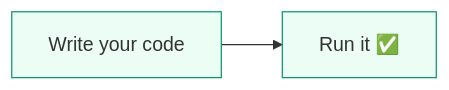
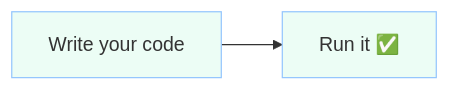
Before and after one commit to saivamsikaruturi/vamsilabs-dev-notes-main: the third of 6 diagrams in docs/springboot/introduction.md, drawn with Mermaid. The commit also changed other lines of this file and 220 other files, not shown here.

First line of the commit message:
Add 50+ new Java/Spring Boot pages, rewrite CSS code blocks to Oracle style, fix all diagram colors

````diff
--- a/docs/springboot/introduction.md
+++ b/docs/springboot/introduction.md
@@ -52,7 +57,7 @@
 ```mermaid
 flowchart LR
     A["Write your code"] --> B["Run it ✅"]
 
-    style A fill:#ECFDF5,stroke:#059669
-    style B fill:#ECFDF5,stroke:#059669
+    style A fill:#ECFDF5,stroke:#93C5FD
+    style B fill:#ECFDF5,stroke:#93C5FD
 ```
````
